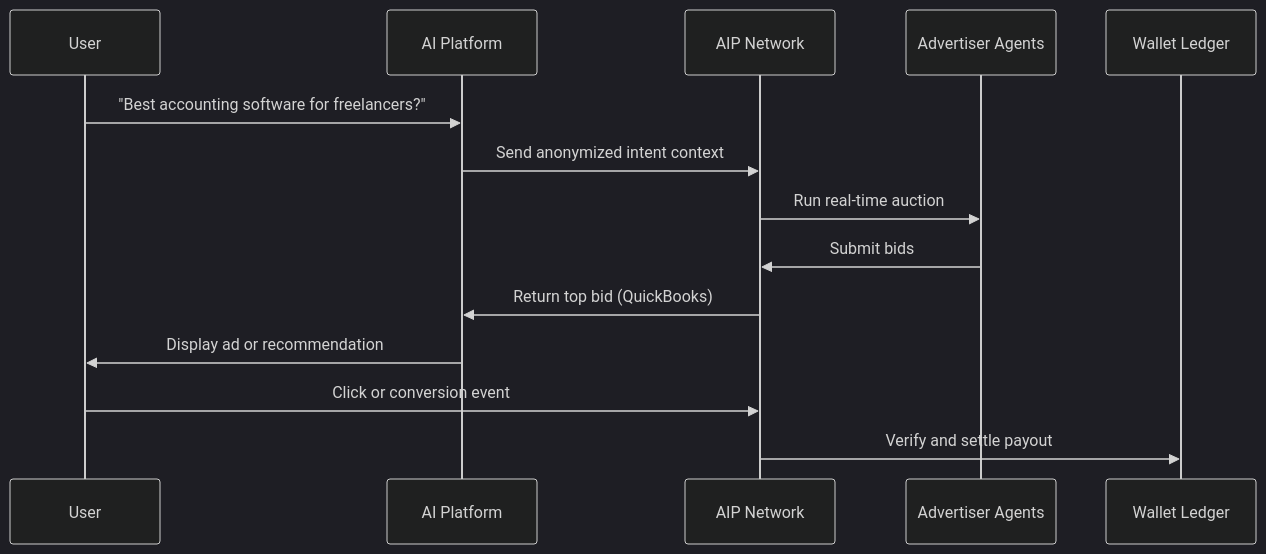
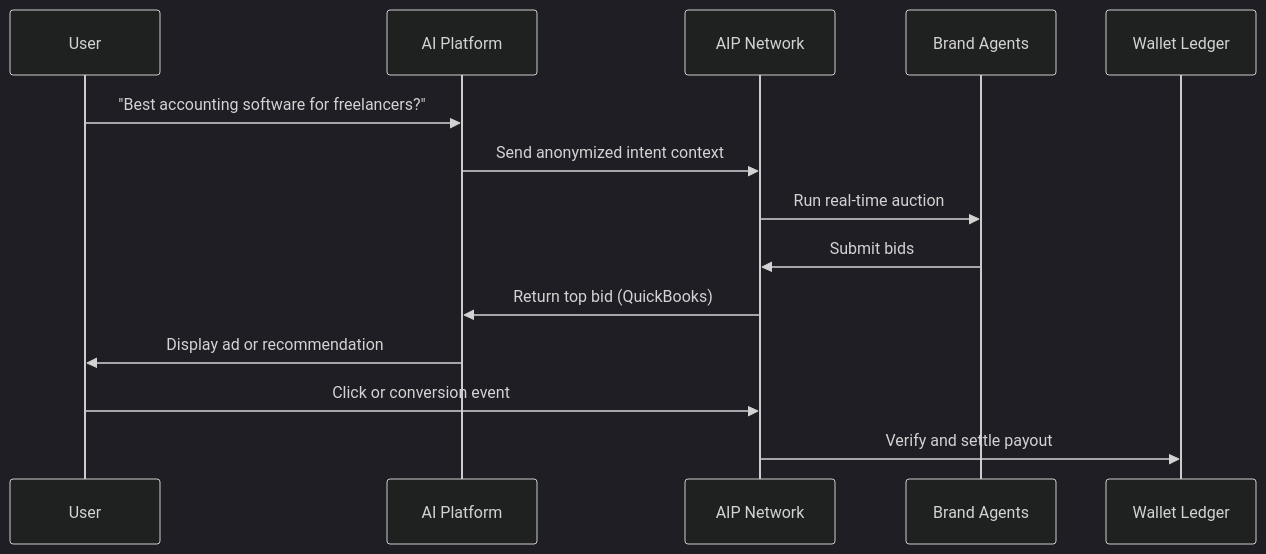
One commit to GouniManikumar12/mintlify-docs changed the diagram in index.mdx. Above: the diagram before and after it, drawn with Mermaid (dark theme). The commit also changed other lines of this file and 14 other files, not shown here.

First line of the commit message:
Rename 'Advertiser Agents' to 'Brand Agents' and update schemas

````diff
--- a/index.mdx
+++ b/index.mdx
@@ -68,17 +68,17 @@
 ```mermaid
 sequenceDiagram
   participant U as User
   participant P as AI Platform
   participant AIP as AIP Network
-  participant AA as Advertiser Agents
+  participant AA as Brand Agents
   participant W as Wallet Ledger
 
   U->>P: "Best accounting software for freelancers?"
   P->>AIP: Send anonymized intent context
   AIP->>AA: Run real-time auction
   AA->>AIP: Submit bids
   AIP->>P: Return top bid (QuickBooks)
   P->>U: Display ad or recommendation
   U->>AIP: Click or conversion event
   AIP->>W: Verify and settle payout
 ```
````
